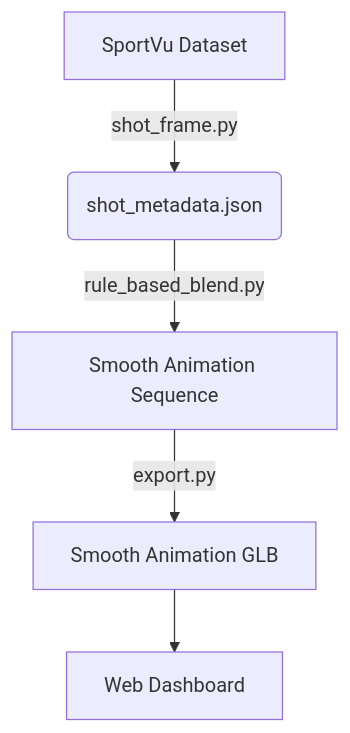
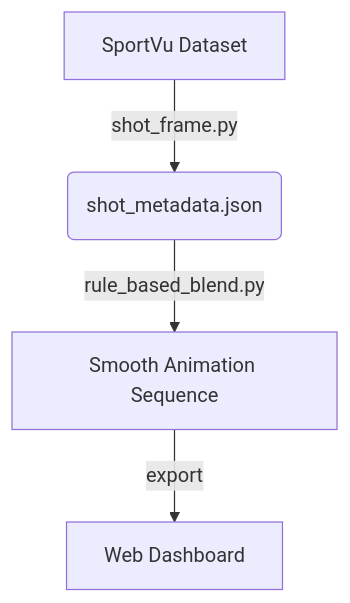
Before and after one commit to MicheleLovatoMenin/Sport-Tech-Project: the diagram in README.md, drawn with Mermaid. The commit also changed other lines of this file, not shown here.

````diff
--- a/README.md
+++ b/README.md
@@ -32,7 +34,6 @@
 ```mermaid
 graph TD
     A[SportVu Dataset] -->|shot_frame.py| B(shot_metadata.json)
     B -->|rule_based_blend.py| C[Smooth Animation Sequence]
-    C -->|export.py| D[Smooth Animation GLB]
-    D --> E[Web Dashboard]
+    C -->|export| D[Web Dashboard]
 ```
````
